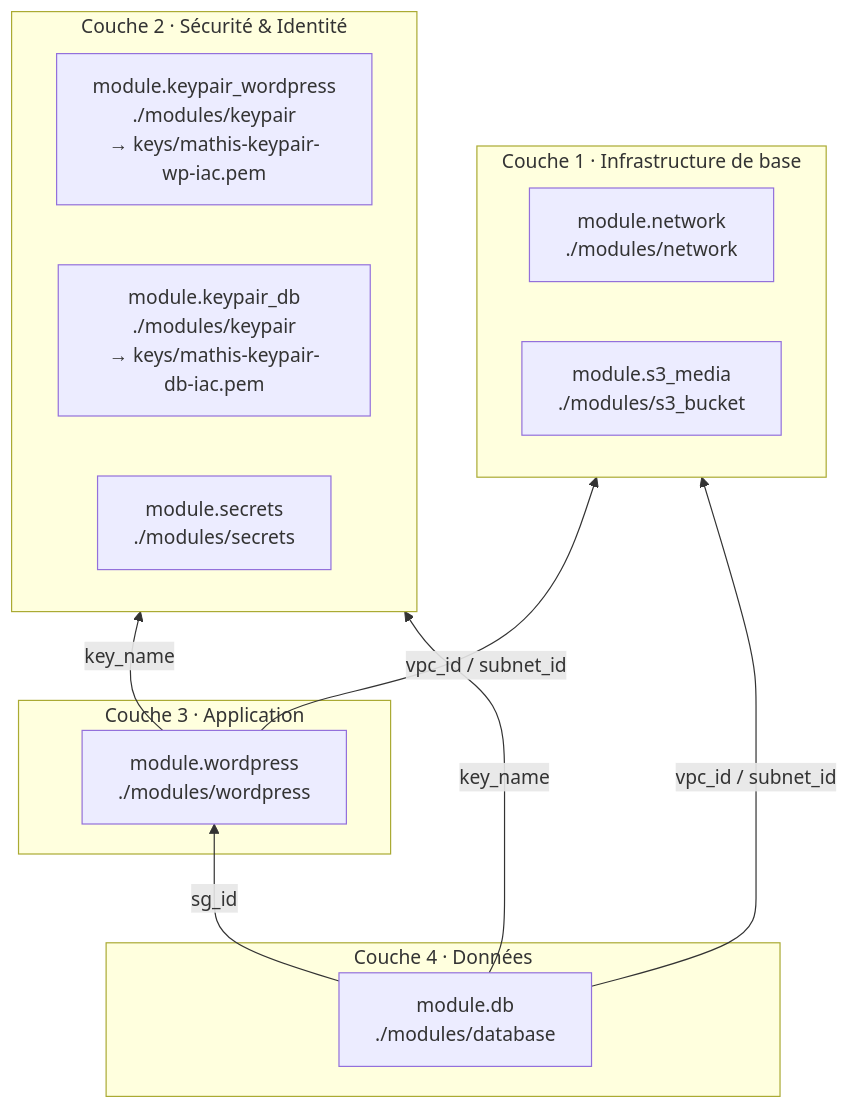
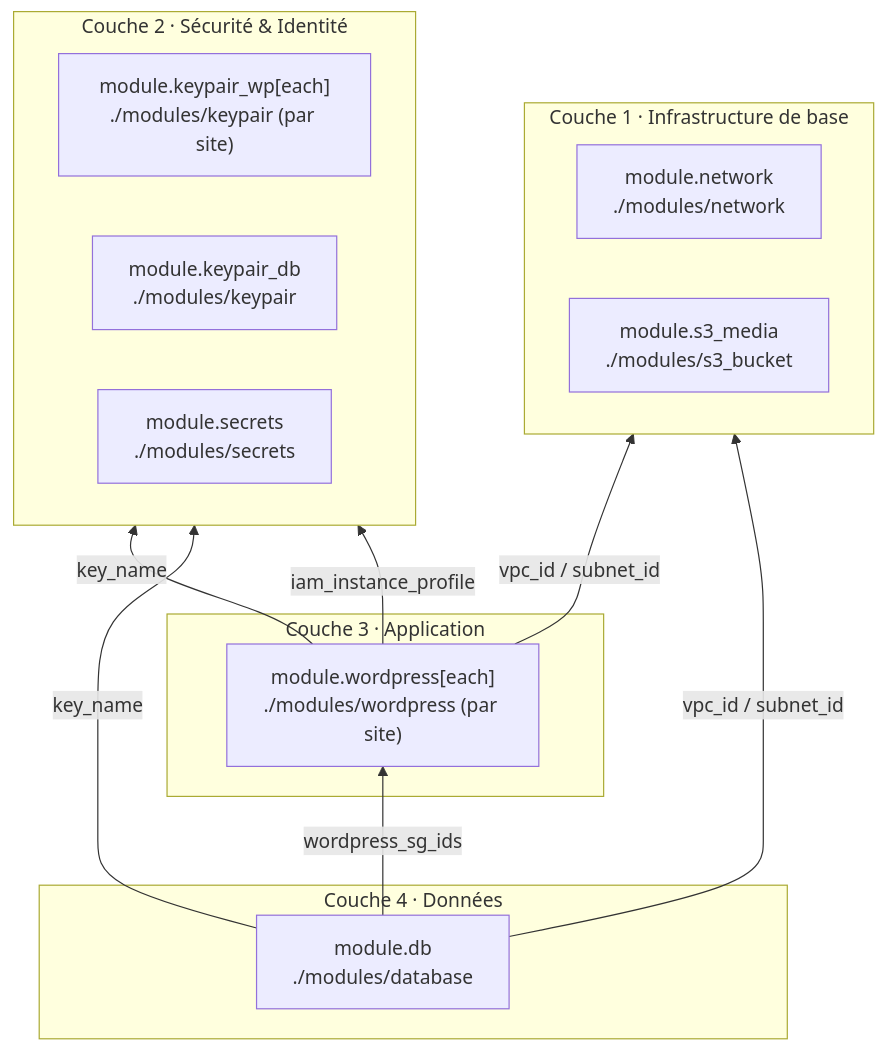
One commit to mat8950/ml-iac-tp changed the diagram in README.md. Above: the diagram before and after it, drawn with Mermaid. The commit also changed other lines of this file and 27 other files, not shown here.

````diff
--- a/README.md
+++ b/README.md
@@ -128,29 +190,30 @@
 ```mermaid
 graph BT
     subgraph L1["Couche 1 · Infrastructure de base"]
         direction LR
         network["module.network<br/>./modules/network"]
         s3["module.s3_media<br/>./modules/s3_bucket"]
     end
 
     subgraph L2["Couche 2 · Sécurité & Identité"]
         direction LR
-        keypair_wp["module.keypair_wordpress<br/>./modules/keypair<br/>→ keys/mathis-keypair-wp-iac.pem"]
-        keypair_db["module.keypair_db<br/>./modules/keypair<br/>→ keys/mathis-keypair-db-iac.pem"]
+        keypair_wp["module.keypair_wp[each]<br/>./modules/keypair (par site)"]
+        keypair_db["module.keypair_db<br/>./modules/keypair"]
         secrets["module.secrets<br/>./modules/secrets"]
     end
 
     subgraph L3["Couche 3 · Application"]
-        wordpress["module.wordpress<br/>./modules/wordpress"]
+        wordpress["module.wordpress[each]<br/>./modules/wordpress (par site)"]
     end
 
     subgraph L4["Couche 4 · Données"]
         db["module.db<br/>./modules/database"]
     end
 
     wordpress -- "vpc_id / subnet_id" --> network
     wordpress -- key_name --> keypair_wp
+    wordpress -- iam_instance_profile --> L2
     db -- "vpc_id / subnet_id" --> network
     db -- key_name --> keypair_db
-    db -- sg_id --> wordpress
+    db -- wordpress_sg_ids --> wordpress
 ```
````
